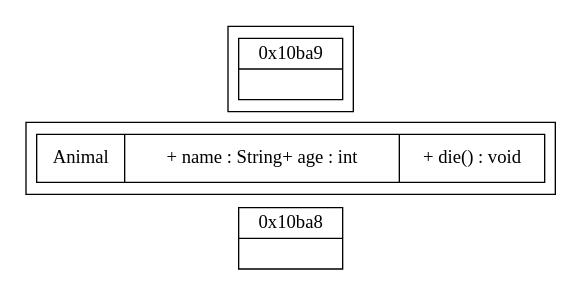
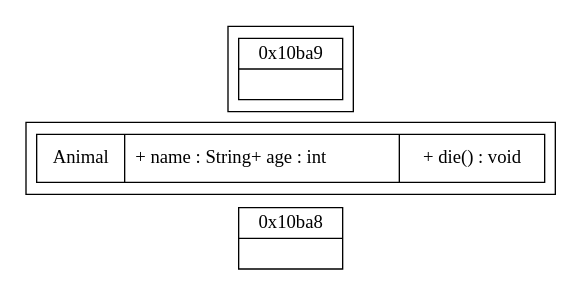
One commit to sisyphus1212/note changed the diagram in dpdk/内存管理.md. Above: the diagram before and after it, drawn with Graphviz.

Commit message:
auto_update

````diff
--- a/dpdk/内存管理.md
+++ b/dpdk/内存管理.md
@@ -16,19 +16,19 @@
 ```graphviz
 digraph g {
 	rankdir=LR;
 	"node0" [
 		label = "0x10ba8| <f1>"
 		shape = "record"
 	];
 	subgraph cluster_0 {
-		Animal[label = "{Animal | + name : String+ age : int |+ die() : void}", shape = "record" ];
+		Animal[label = "{Animal | + name : String+ age : int\l |+ die() : void}", shape = "record" ];
 	}
 	subgraph cluster_1 {
 		rankdir=TB;
 		"node1" [
 			label = "0x10ba9| <f1>"
 			shape = "record"
 		];
 	}
 }
 ```
````
